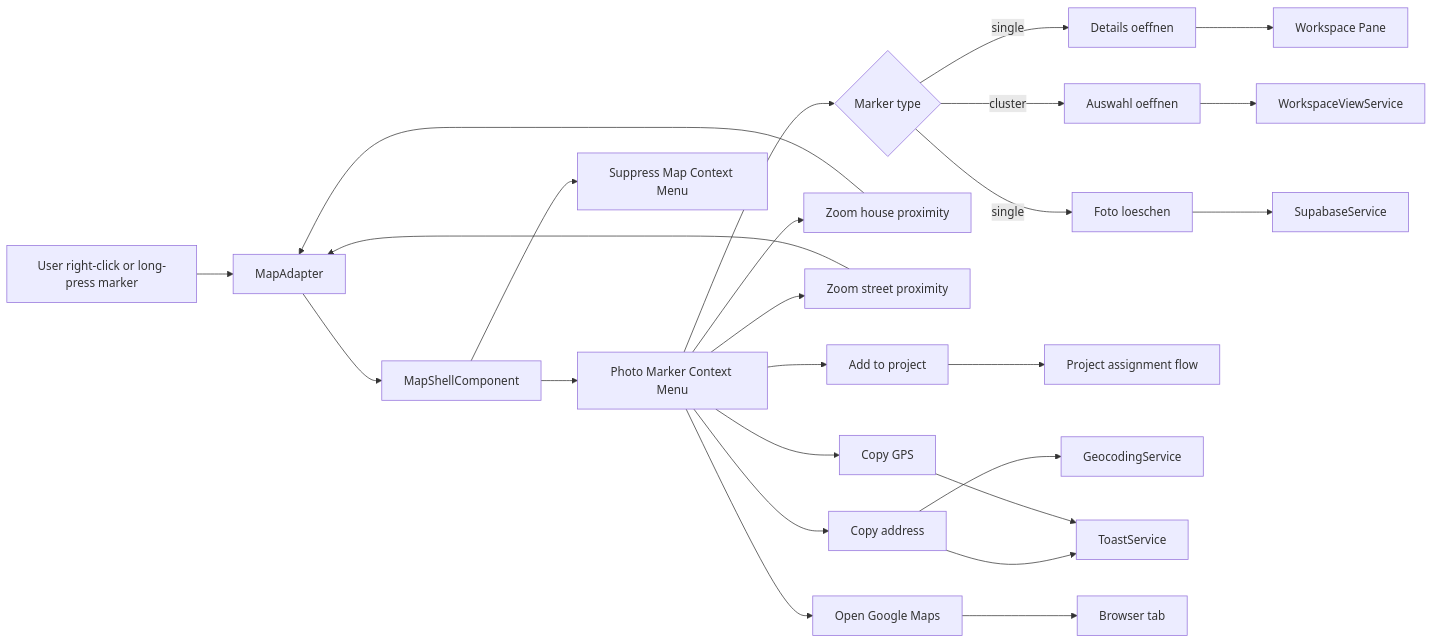
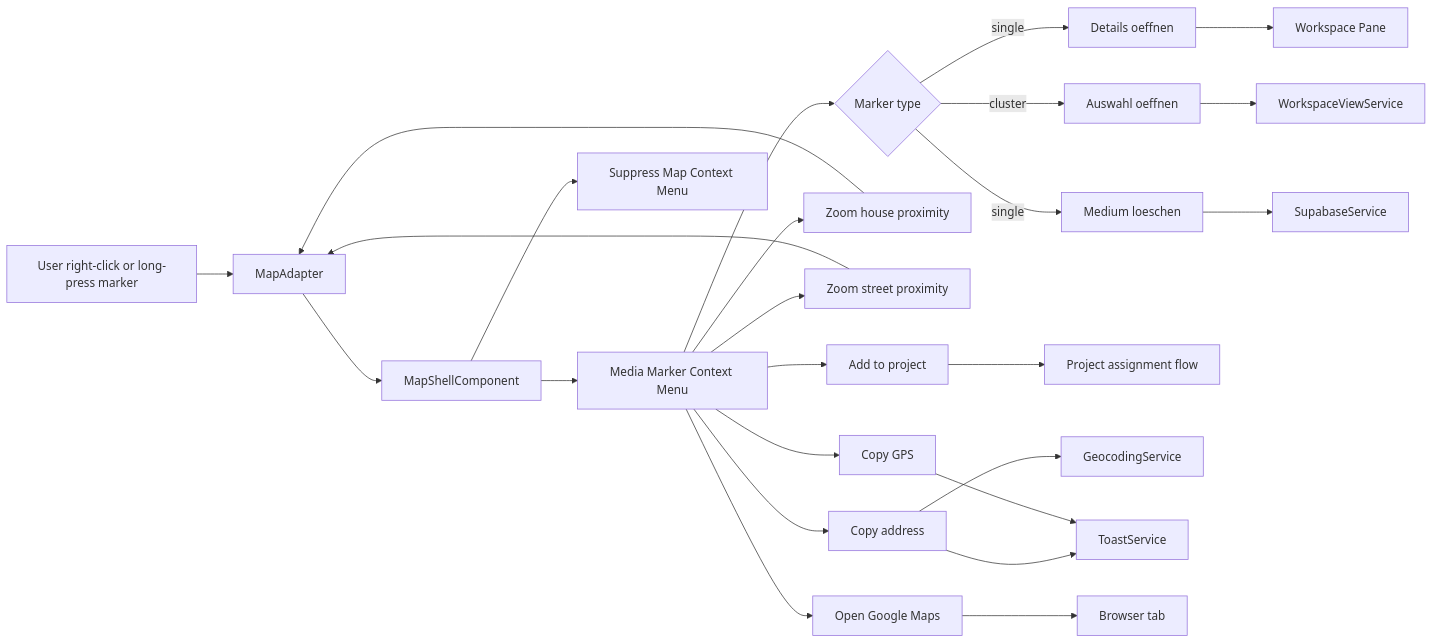
One commit to matkleve/feldpost changed the first of 2 diagrams in docs/specs/ui/media-marker/media-marker-context-menu.md. Above: the diagram before and after it, drawn with Mermaid. The commit also changed other lines of this file and 26 other files, not shown here.

````diff
--- a/docs/specs/ui/media-marker/media-marker-context-menu.md
+++ b/docs/specs/ui/media-marker/media-marker-context-menu.md
@@ -67,27 +67,27 @@
 ```mermaid
 flowchart LR
   U[User right-click or long-press marker] --> MA[MapAdapter marker event]
   MA --> MS[MapShellComponent]
-  MS --> MCM[Photo Marker Context Menu]
+  MS --> MCM[Media Marker Context Menu]
   MCM --> T{Marker type}
   T -->|single| OD[Details oeffnen]
   T -->|cluster| OS[Auswahl oeffnen]
-  T -->|single| DP[Foto loeschen]
+  T -->|single| DP[Medium loeschen]
   MCM --> ZH[Zoom house proximity]
   MCM --> ZS[Zoom street proximity]
   MCM --> AP[Add to project]
   MCM --> CA[Copy address]
   MCM --> CG[Copy GPS]
   MCM --> GM[Open Google Maps]
   OD --> WP[Workspace Pane]
   OS --> WVS[WorkspaceViewService]
   ZH --> MA[MapAdapter]
   ZS --> MA[MapAdapter]
   AP --> PA[Project assignment flow]
   CA --> GS[GeocodingService]
   CA --> TS[ToastService]
   CG --> TS[ToastService]
   GM --> BR[Browser tab]
   DP --> SS[SupabaseService]
   MS --> SUP[Suppress Map Context Menu]
 ```
````
